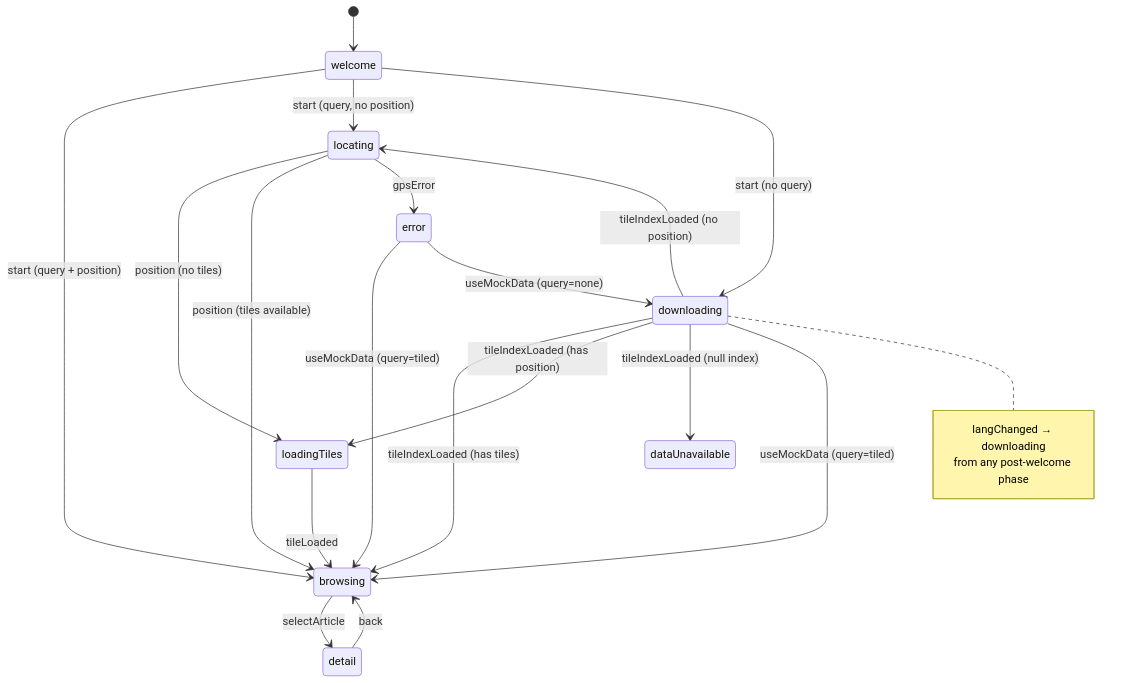
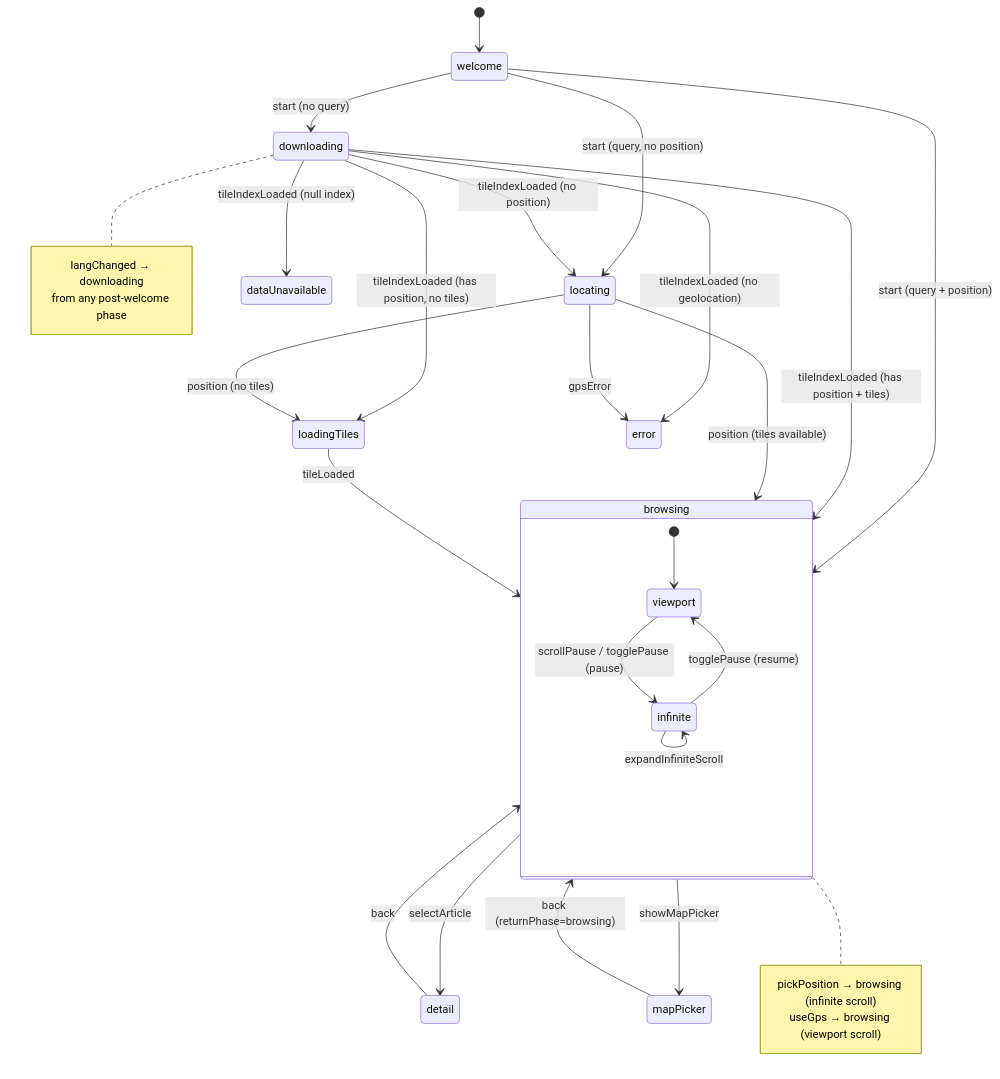
Before and after one commit to ChrisSteinbach/tour-guide: the diagram in docs/state-machine.md, drawn with Mermaid. The commit also changed other lines of this file, not shown here.

First line of the commit message:
Fix stale state-machine.md: remove useMockData/showMore, add new events

````diff
--- a/docs/state-machine.md
+++ b/docs/state-machine.md
@@ -105,30 +114,42 @@
 ```mermaid
 stateDiagram-v2
     [*] --> welcome
 
     welcome --> browsing : start (query + position)
     welcome --> locating : start (query, no position)
     welcome --> downloading : start (no query)
 
-    downloading --> browsing : tileIndexLoaded (has tiles)
-    downloading --> loadingTiles : tileIndexLoaded (has position)
+    downloading --> browsing : tileIndexLoaded (has position + tiles)
+    downloading --> loadingTiles : tileIndexLoaded (has position, no tiles)
     downloading --> locating : tileIndexLoaded (no position)
+    downloading --> error : tileIndexLoaded (no geolocation)
     downloading --> dataUnavailable : tileIndexLoaded (null index)
-    downloading --> browsing : useMockData (query=tiled)
 
     locating --> loadingTiles : position (no tiles)
     locating --> browsing : position (tiles available)
     locating --> error : gpsError
 
     loadingTiles --> browsing : tileLoaded
-    error --> browsing : useMockData (query=tiled)
-    error --> downloading : useMockData (query=none)
 
     browsing --> detail : selectArticle
+    browsing --> mapPicker : showMapPicker
     detail --> browsing : back
+    mapPicker --> browsing : back (returnPhase=browsing)
+
+    state browsing {
+        [*] --> viewport
+        viewport --> infinite : scrollPause / togglePause (pause)
+        infinite --> viewport : togglePause (resume)
+        infinite --> infinite : expandInfiniteScroll
+    }
+
+    note right of browsing
+        pickPosition → browsing (infinite scroll)
+        useGps → browsing (viewport scroll)
+    end note
 
     note right of downloading
         langChanged → downloading
         from any post-welcome phase
     end note
 ```
````
